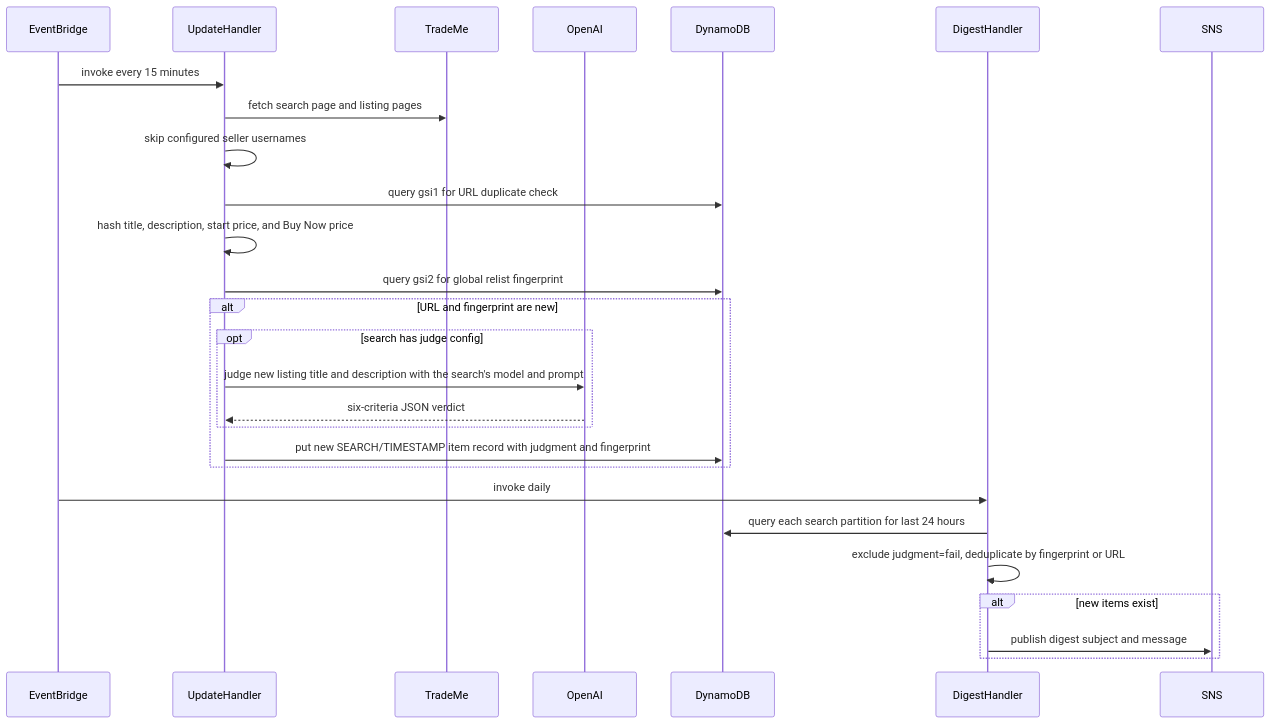
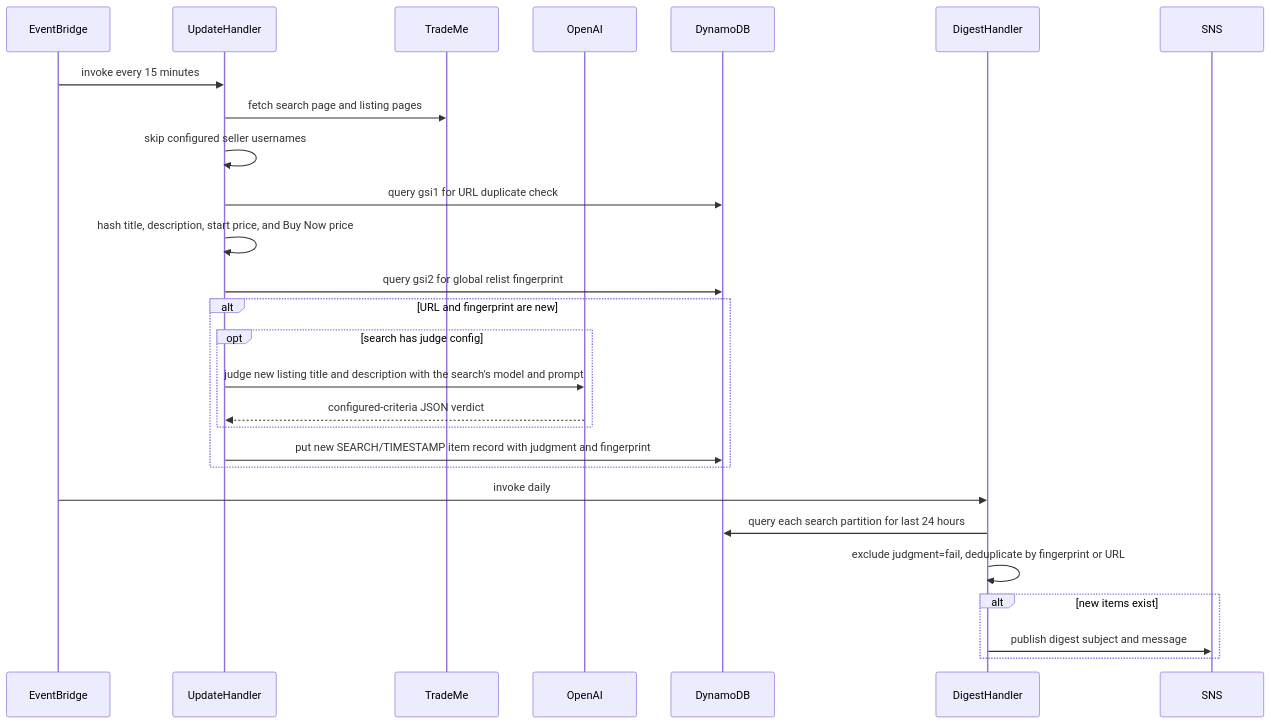
One commit to jordansimsmith/jordansimsmith-com changed the second of 2 diagrams in auction_tracker_api/README.md. Above: the diagram before and after it, drawn with Mermaid. The commit also changed other lines of this file and 10 other files, not shown here.

````diff
--- a/auction_tracker_api/README.md
+++ b/auction_tracker_api/README.md
@@ -71,30 +71,30 @@
 ```mermaid
 sequenceDiagram
   participant EventBridge
   participant UpdateHandler
   participant TradeMe
   participant OpenAI
   participant DynamoDB
   participant DigestHandler
   participant SNS
 
   EventBridge->>UpdateHandler: invoke every 15 minutes
   UpdateHandler->>TradeMe: fetch search page and listing pages
   UpdateHandler->>UpdateHandler: skip configured seller usernames
   UpdateHandler->>DynamoDB: query gsi1 for URL duplicate check
   UpdateHandler->>UpdateHandler: hash title, description, start price, and Buy Now price
   UpdateHandler->>DynamoDB: query gsi2 for global relist fingerprint
   alt URL and fingerprint are new
     opt search has judge config
       UpdateHandler->>OpenAI: judge new listing title and description with the search's model and prompt
-      OpenAI-->>UpdateHandler: six-criteria JSON verdict
+      OpenAI-->>UpdateHandler: configured-criteria JSON verdict
     end
     UpdateHandler->>DynamoDB: put new SEARCH/TIMESTAMP item record with judgment and fingerprint
   end
   EventBridge->>DigestHandler: invoke daily
   DigestHandler->>DynamoDB: query each search partition for last 24 hours
   DigestHandler->>DigestHandler: exclude judgment=fail, deduplicate by fingerprint or URL
   alt new items exist
     DigestHandler->>SNS: publish digest subject and message
   end
 ```
````
